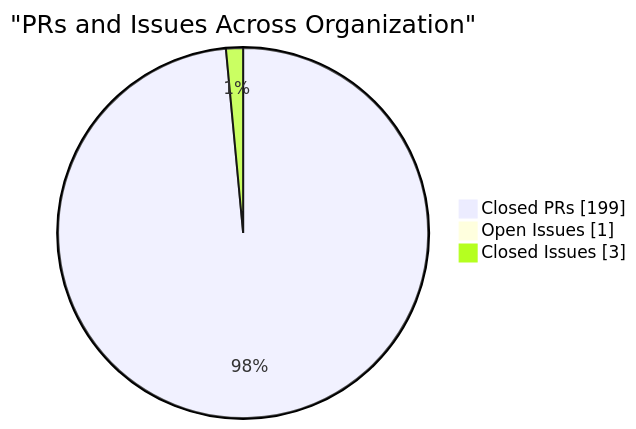
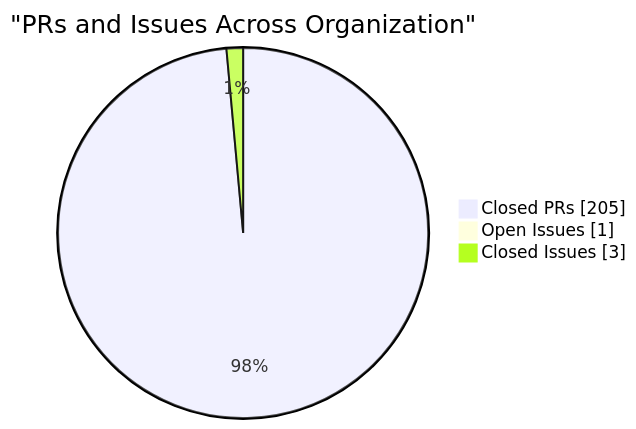
One commit to CSTH-Projects/.github changed the fourth of 4 diagrams in profile/README.md. Above: the diagram before and after it, drawn with Mermaid. The commit also changed other lines of this file, not shown here.

````diff
--- a/profile/README.md
+++ b/profile/README.md
@@ -100,7 +100,7 @@
 ```mermaid
 pie showData
     title "PRs and Issues Across Organization"
-    "Closed PRs" : 199
+    "Closed PRs" : 205
     "Open Issues" : 1
     "Closed Issues" : 3
 ```
````
